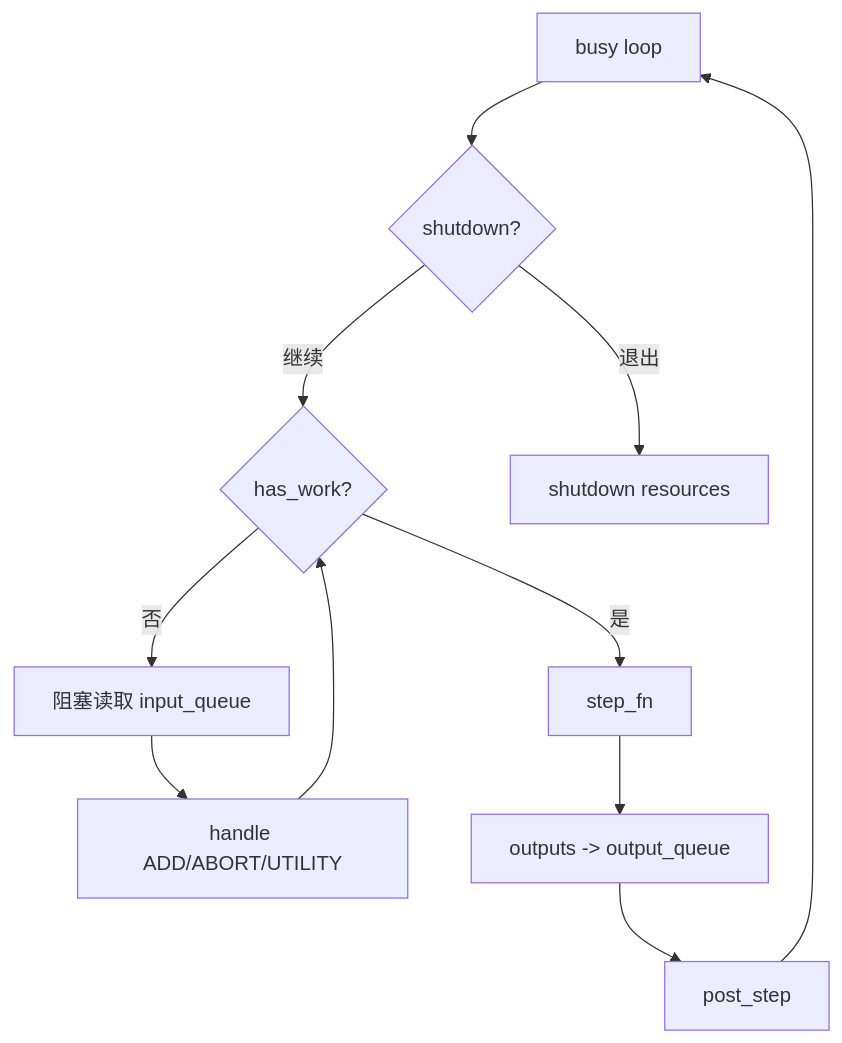
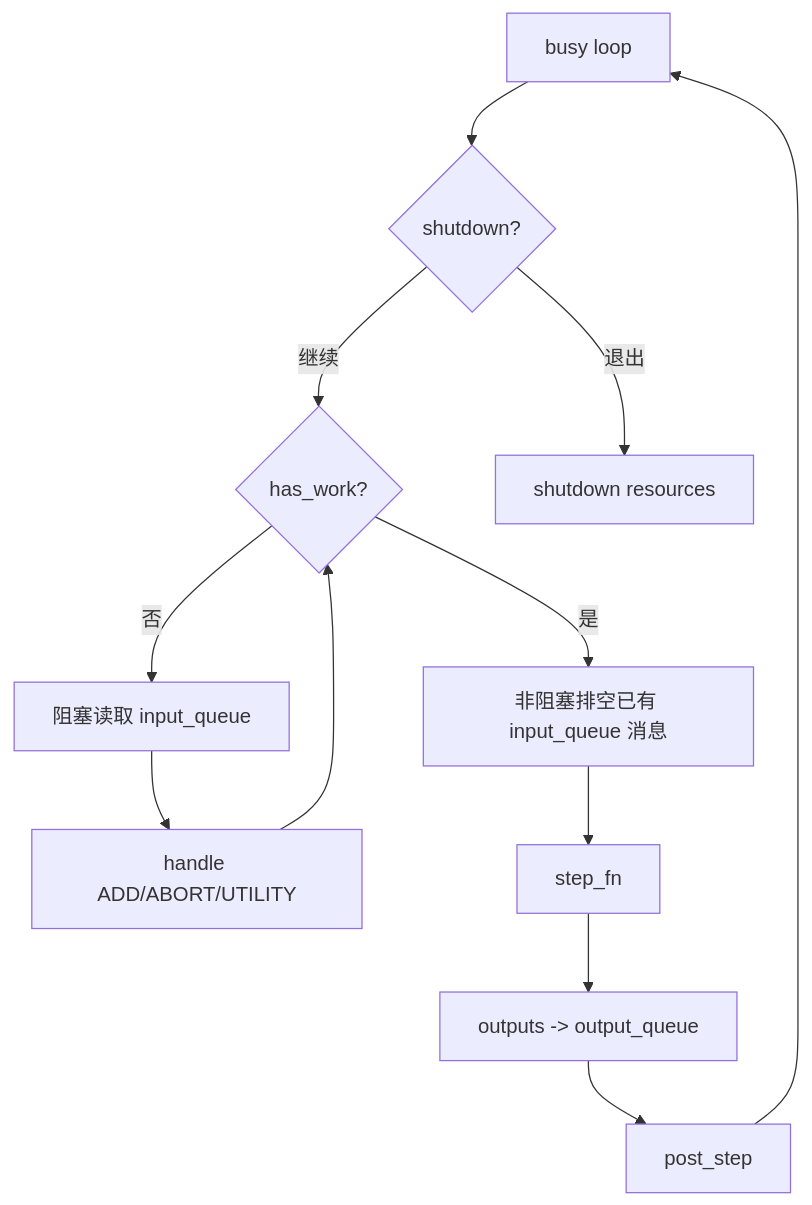
Before and after one commit to cluster1900/vllm_reader: diagram 14 of 16 in book/02-vllm-architecture/README.md, drawn with Mermaid. The commit also changed other lines of this file and 19 other files, not shown here.

````diff
--- a/book/02-vllm-architecture/README.md
+++ b/book/02-vllm-architecture/README.md
@@ -976,13 +978,14 @@
 ```mermaid
 flowchart TD
     A[busy loop] --> B{shutdown?}
     B -->|继续| C{has_work?}
     C -->|否| D[阻塞读取 input_queue]
     D --> E[handle ADD/ABORT/UTILITY]
     E --> C
-    C -->|是| F[step_fn]
+    C -->|是| DRAIN[非阻塞排空已有 input_queue 消息]
+    DRAIN --> F[step_fn]
     F --> G[outputs -> output_queue]
     G --> H[post_step]
     H --> A
     B -->|退出| I[shutdown resources]
 ```
````
